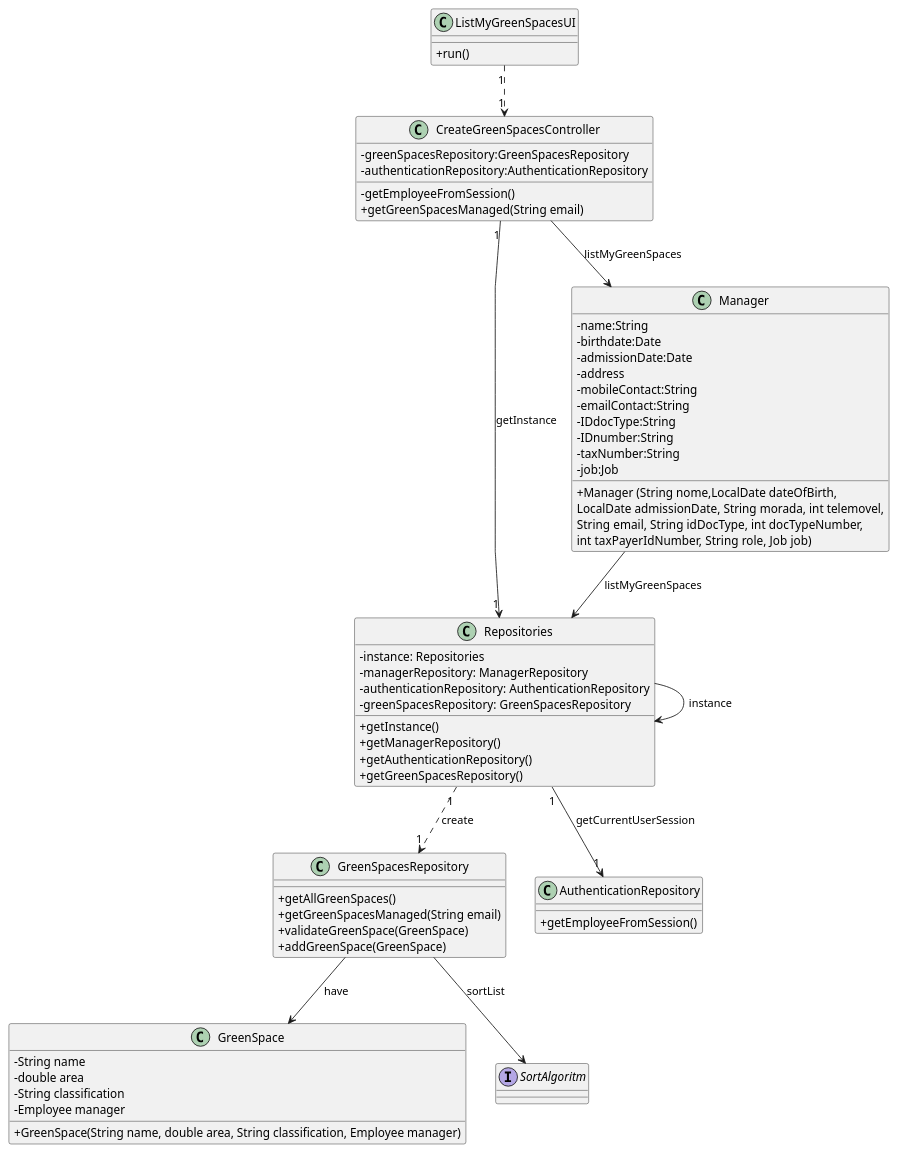
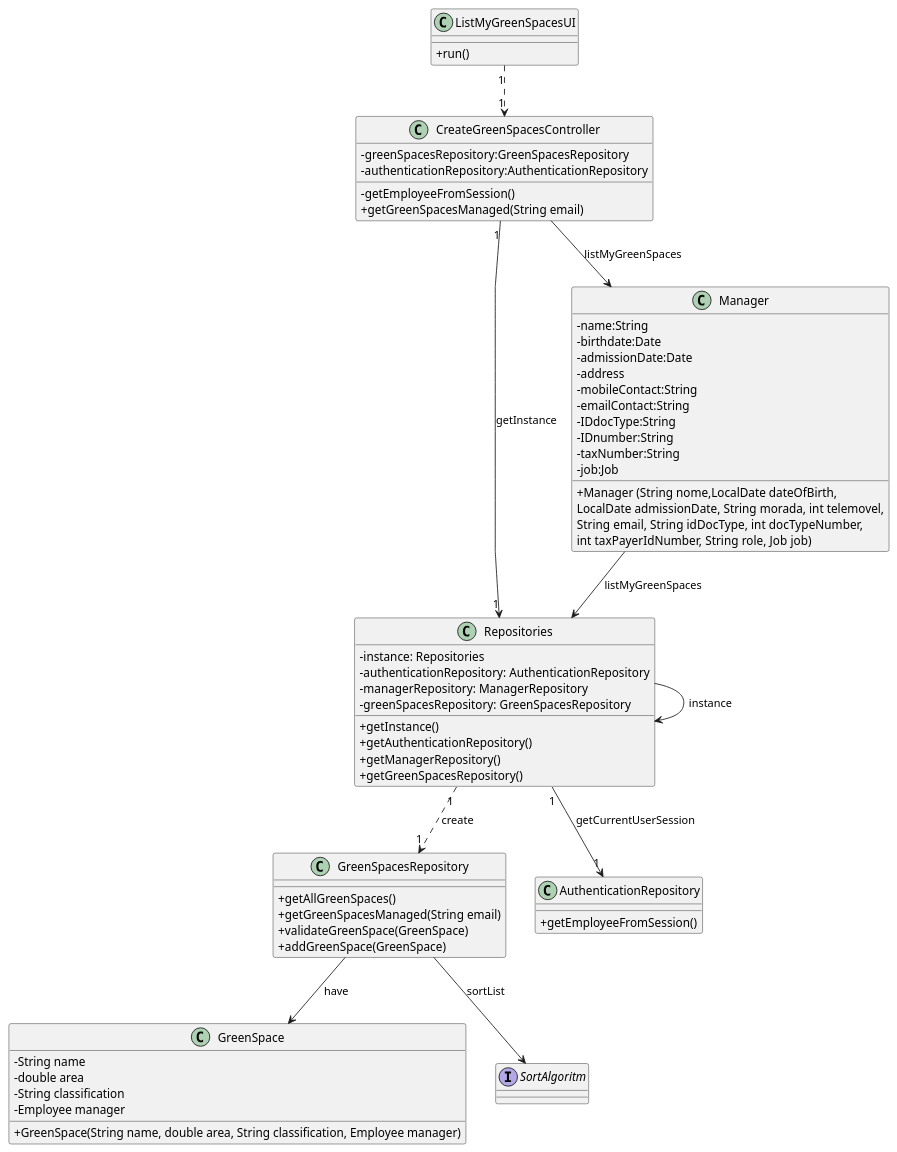
The diagram in docs/sprintC/us27/03.design/puml/us27-class-diagram.puml (Paulo-Pereira-at-ISEP/lei-24-s2-1nanb-g321), drawn with PlantUML before and after one commit. The commit also changed other lines of this file and 1 other file, not shown here.

```diff
--- a/docs/sprintC/us27/03.design/puml/us27-class-diagram.puml
+++ b/docs/sprintC/us27/03.design/puml/us27-class-diagram.puml
@@ -1,88 +1,88 @@
 @startuml
 'skinparam monochrome true
 skinparam packageStyle rectangle
 skinparam shadowing false
 skinparam linetype polyline
 'skinparam linetype orto
 
 skinparam classAttributeIconSize 0
 
 'left to right direction
 
 class ListMyGreenSpacesUI {
     +run()
 }
 
 class CreateGreenSpacesController {
     - greenSpacesRepository:GreenSpacesRepository
     - authenticationRepository:AuthenticationRepository
 
     - getEmployeeFromSession()
     + getGreenSpacesManaged(String email)
 }
 
 class Manager{
     -name:String
     -birthdate:Date
     -admissionDate:Date
     -address
     -mobileContact:String
     -emailContact:String
     -IDdocType:String
     -IDnumber:String
     -taxNumber:String
     -job:Job
 
     +Manager (String nome,LocalDate dateOfBirth,\nLocalDate admissionDate, String morada, int telemovel,\nString email, String idDocType, int docTypeNumber,\nint taxPayerIdNumber, String role, Job job)
 }
 
 class Repositories{
     - instance: Repositories
+    - authenticationRepository: AuthenticationRepository
     - managerRepository: ManagerRepository
-    - authenticationRepository: AuthenticationRepository
     - greenSpacesRepository: GreenSpacesRepository
 
     + getInstance()
+    + getAuthenticationRepository()
     + getManagerRepository()
-    + getAuthenticationRepository()
     + getGreenSpacesRepository()
 }
 
 class GreenSpacesRepository{
     + getAllGreenSpaces()
     + getGreenSpacesManaged(String email)
     + validateGreenSpace(GreenSpace)
     + addGreenSpace(GreenSpace)
 }
 
 class AuthenticationRepository{
     + getEmployeeFromSession()
 }
 
 class GreenSpace {
     - String name
     - double area
     - String classification
     - Employee manager
 
     + GreenSpace(String name, double area, String classification, Employee manager)
 }
 
 interface SortAlgoritm {
 }
 
 ListMyGreenSpacesUI "1" ..> "1" CreateGreenSpacesController
 
 CreateGreenSpacesController "1" --> "1" Repositories : getInstance
 CreateGreenSpacesController --> Manager : listMyGreenSpaces
 
 Repositories -> Repositories : instance
 Repositories "1" ..> "1" GreenSpacesRepository : create
 Repositories "1" --> "1" AuthenticationRepository : getCurrentUserSession
 
 GreenSpacesRepository --> GreenSpace : have
 GreenSpacesRepository --> SortAlgoritm : sortList
 
 Manager --> Repositories : listMyGreenSpaces
 
 @enduml
```
